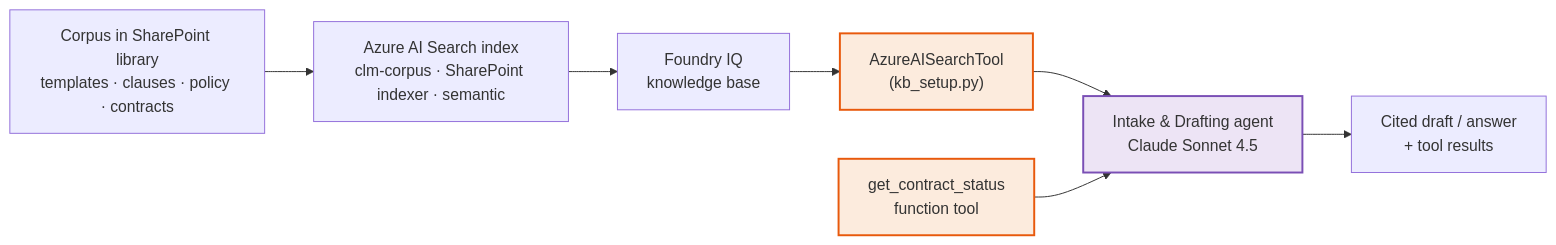
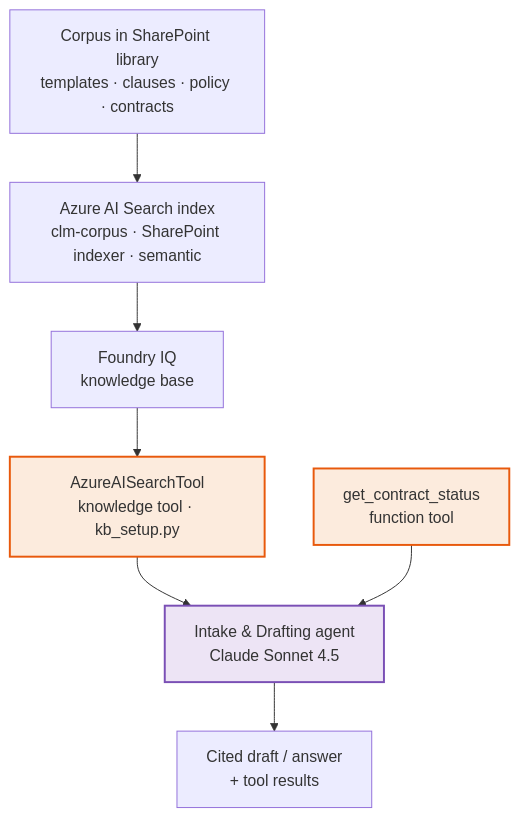
One commit to glejdis/microhack-aiagents changed the diagram in challenge-1/README.md. Above: the diagram before and after it, drawn with Mermaid.

Commit message:
docs(challenge-1): make grounding diagram top-down so it renders cleanly
The Foundry IQ flowchart was flowchart LR — a 5-node-wide chain that clipped the
final "Cited draft" node in narrow README/preview panels. Switch to flowchart TB
(top-down) so the retrieval pipeline stacks vertically and the function tool
branches into the agent without overflow. Also label the AzureAISearchTool box as
the "knowledge tool" to mirror the "function tool" box and reinforce the two-tools
theme. Model label (Claude Sonnet 4.5 / MODEL_DRAFTING) is unchanged — intentional.

Copilot-Session: cdcf2e30-5195-431d-9519-1afcb98dcf0d

````diff
--- a/challenge-1/README.md
+++ b/challenge-1/README.md
@@ -55,12 +55,12 @@
 ```mermaid
-flowchart LR
+flowchart TB
   A["Corpus in SharePoint library<br/>templates · clauses · policy · contracts"] --> B["Azure AI Search index<br/>clm-corpus · SharePoint indexer · semantic"]
   B --> C["Foundry IQ<br/>knowledge base"]
-  C --> D["AzureAISearchTool<br/>(kb_setup.py)"]
+  C --> D["AzureAISearchTool<br/>knowledge tool · kb_setup.py"]
   D --> E["Intake &amp; Drafting agent<br/>Claude Sonnet 4.5"]
   F["get_contract_status<br/>function tool"] --> E
   E --> G["Cited draft / answer<br/>+ tool results"]
   style E fill:#EDE4F5,stroke:#7A4FB5,stroke-width:2px
   style D fill:#FCEBDD,stroke:#E8590C,stroke-width:2px
   style F fill:#FCEBDD,stroke:#E8590C,stroke-width:2px
 ```
````
